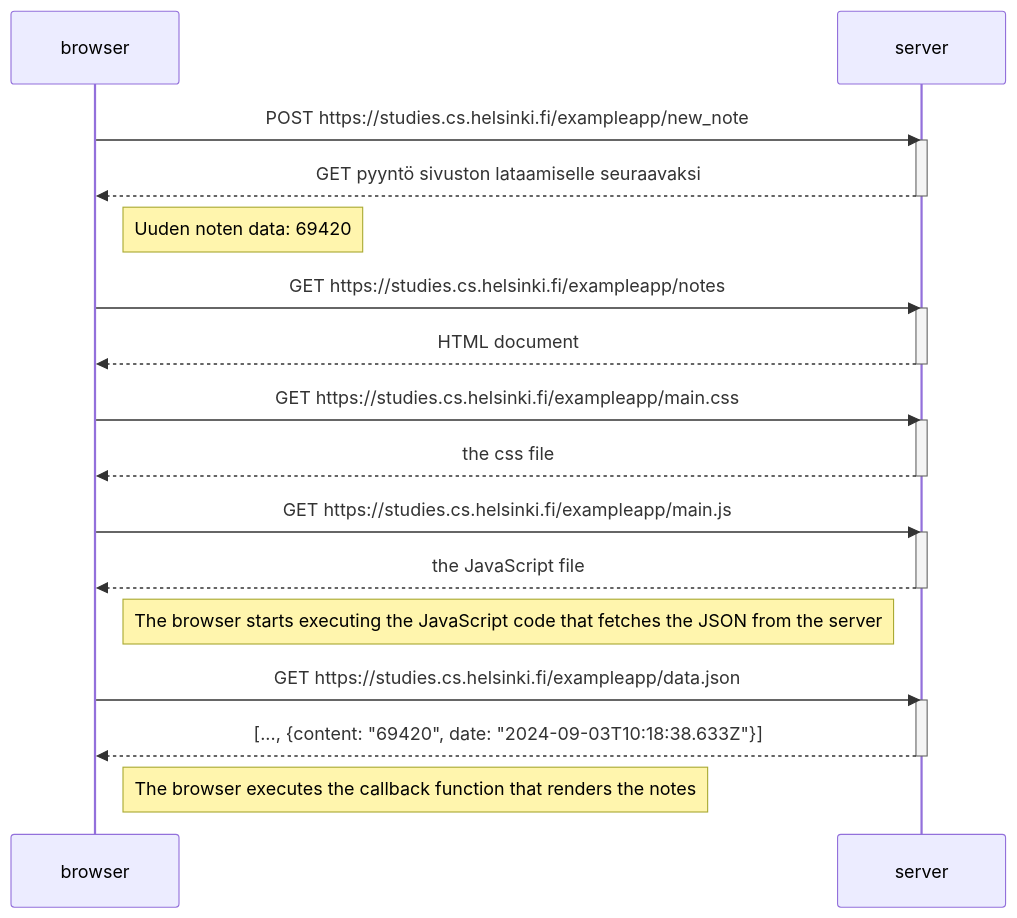
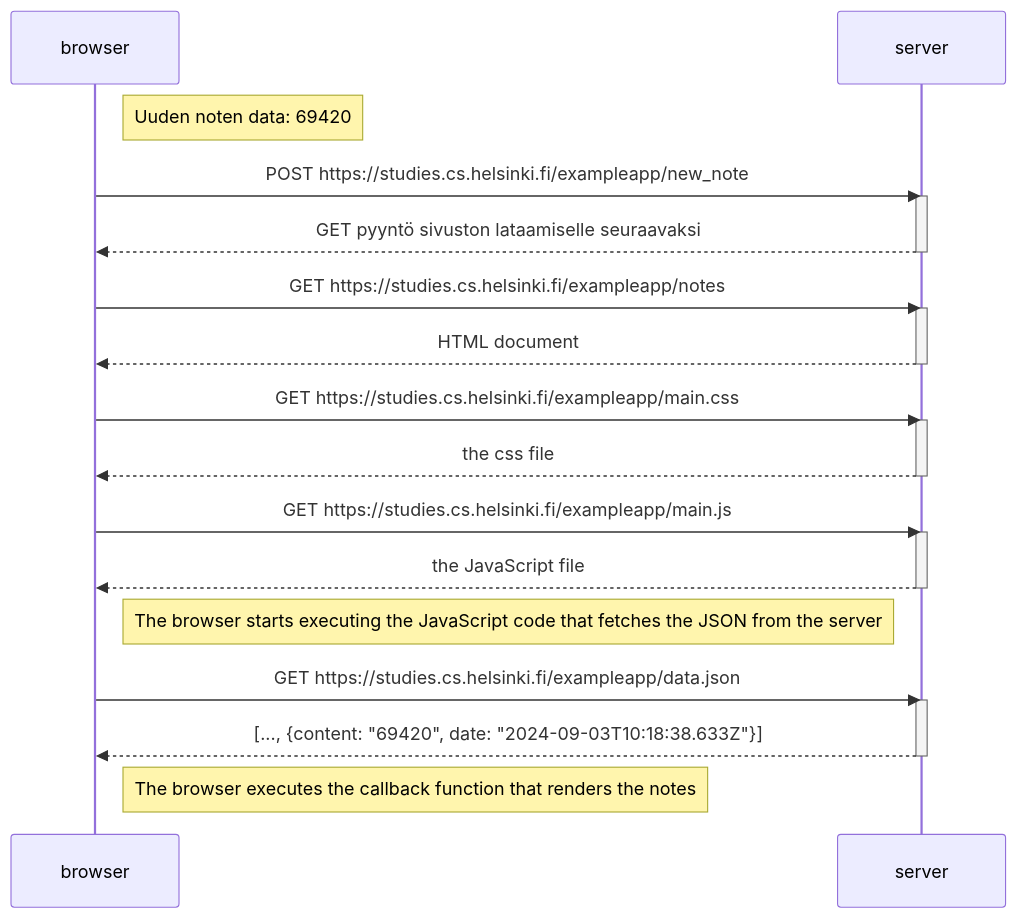
One commit to Seakorv/FullStackOpen changed the diagram in osa0/0_4.md. Above: the diagram before and after it, drawn with Mermaid. The commit also changed other lines of this file, not shown here.

````diff
--- a/osa0/0_4.md
+++ b/osa0/0_4.md
@@ -1,36 +1,36 @@
 ```mermaid
 sequenceDiagram
     participant browser
     participant server
+
+    Note right of browser: Uuden noten data: 69420
     
     browser->>server: POST https://studies.cs.helsinki.fi/exampleapp/new_note
     activate server
     server-->>browser: GET pyyntö sivuston lataamiselle seuraavaksi
     deactivate server
-
-    Note right of browser: Uuden noten data: 69420
 
     browser->>server: GET https://studies.cs.helsinki.fi/exampleapp/notes
     activate server
     server-->>browser: HTML document
     deactivate server
     
     browser->>server: GET https://studies.cs.helsinki.fi/exampleapp/main.css
     activate server
     server-->>browser: the css file
     deactivate server
     
     browser->>server: GET https://studies.cs.helsinki.fi/exampleapp/main.js
     activate server
     server-->>browser: the JavaScript file
     deactivate server
     
     Note right of browser: The browser starts executing the JavaScript code that fetches the JSON from the server
     
     browser->>server: GET https://studies.cs.helsinki.fi/exampleapp/data.json
     activate server
     server-->>browser: [..., {content: "69420", date: "2024-09-03T10:18:38.633Z"}]
     deactivate server    
 
     Note right of browser: The browser executes the callback function that renders the notes 
 ```
````
